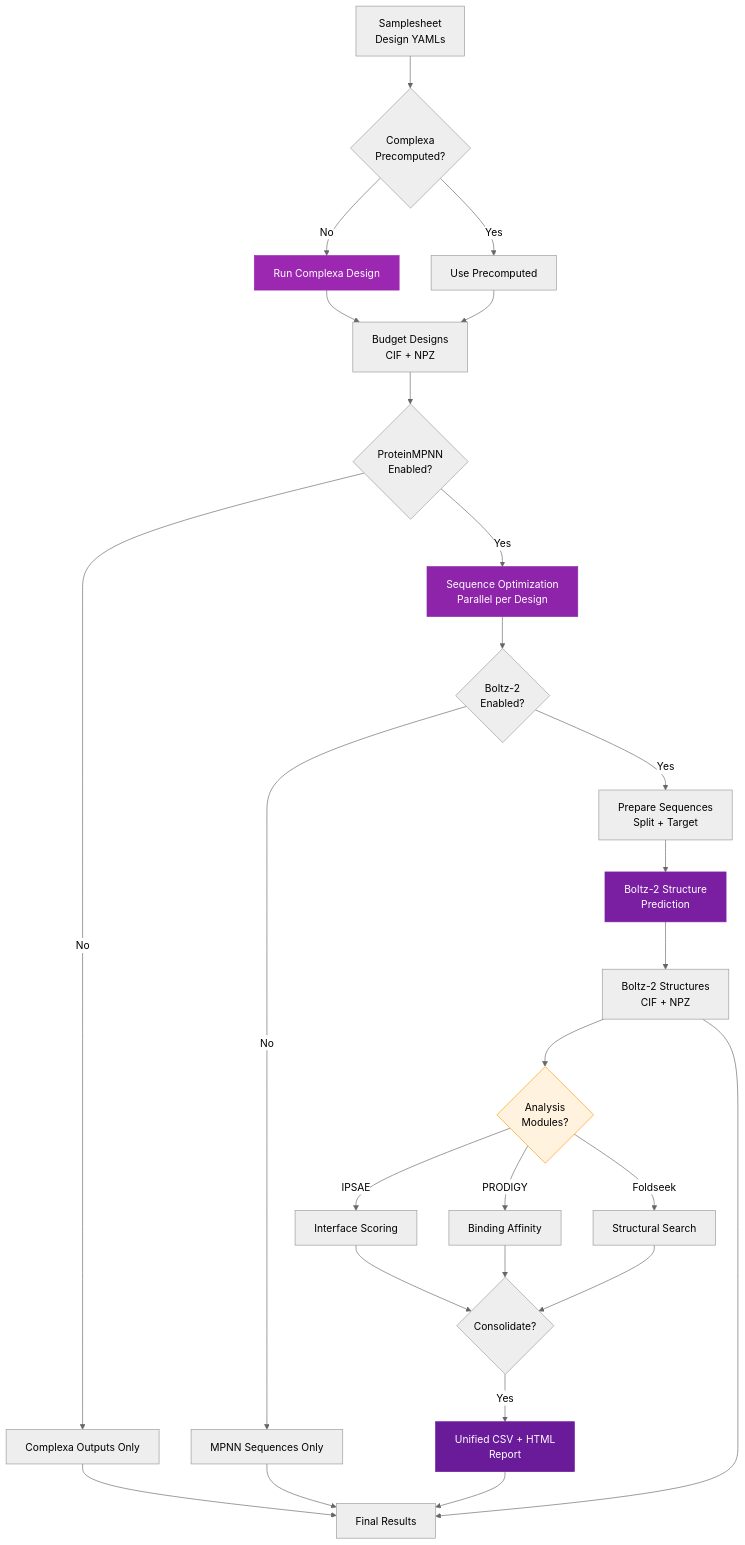
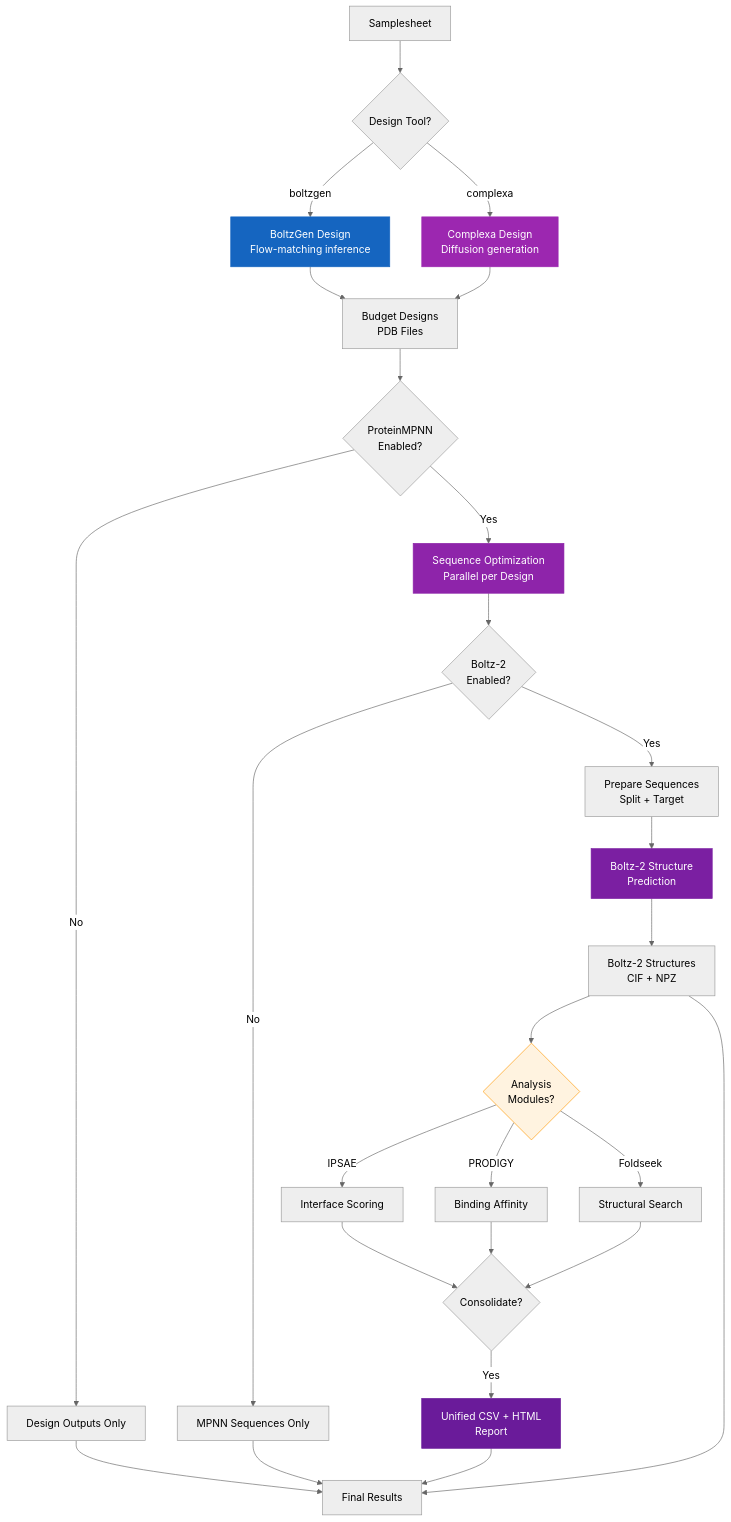
One commit to seqeralabs/nf-proteindesign changed the diagram in docs/index.md. Above: the diagram before and after it, drawn with Mermaid (neutral theme). The commit also changed other lines of this file and 18 other files, not shown here.

````diff
--- a/docs/index.md
+++ b/docs/index.md
@@ -71,42 +89,44 @@
 ```mermaid
 graph TB
-    A[Samplesheet<br/>Design YAMLs] --> B{Complexa<br/>Precomputed?}
-    B -->|No| C[Run Complexa Design]
-    B -->|Yes| D[Use Precomputed]
-    C --> E[Budget Designs<br/>CIF + NPZ]
+    A[Samplesheet] --> B{Design Tool?}
+    B -->|boltzgen| C[BoltzGen Design<br/>Flow-matching inference]
+    B -->|complexa| D[Complexa Design<br/>Diffusion generation]
+    
+    C --> E[Budget Designs<br/>PDB Files]
     D --> E
     
     E --> F{ProteinMPNN<br/>Enabled?}
-    F -->|No| Z[Complexa Outputs Only]
+    F -->|No| Z[Design Outputs Only]
     F -->|Yes| G[Sequence Optimization<br/>Parallel per Design]
     
     G --> H{Boltz-2<br/>Enabled?}
     H -->|No| Y[MPNN Sequences Only]
     H -->|Yes| I[Prepare Sequences<br/>Split + Target]
     
     I --> J[Boltz-2 Structure<br/>Prediction]
     J --> K[Boltz-2 Structures<br/>CIF + NPZ]
     
     K --> L{Analysis<br/>Modules?}
     L -->|IPSAE| M[Interface Scoring]
     L -->|PRODIGY| N[Binding Affinity]
     L -->|Foldseek| O[Structural Search]
     
     M --> P{Consolidate?}
     N --> P
     O --> P
     P -->|Yes| Q[Unified CSV + HTML<br/>Report]
     
     Q --> R[Final Results]
     K --> R
     Z --> R
     Y --> R
     
-    style C fill:#9C27B0,stroke:#9C27B0,color:#fff
+    style C fill:#1565C0,stroke:#1565C0,color:#fff
+    style D fill:#9C27B0,stroke:#9C27B0,color:#fff
     style G fill:#8E24AA,stroke:#8E24AA,color:#fff
     style J fill:#7B1FA2,stroke:#7B1FA2,color:#fff
     style Q fill:#6A1B9A,stroke:#6A1B9A,color:#fff
     
     classDef note fill:#FFF3E0,stroke:#FF9800,color:#000
     class L note
 ```
````
